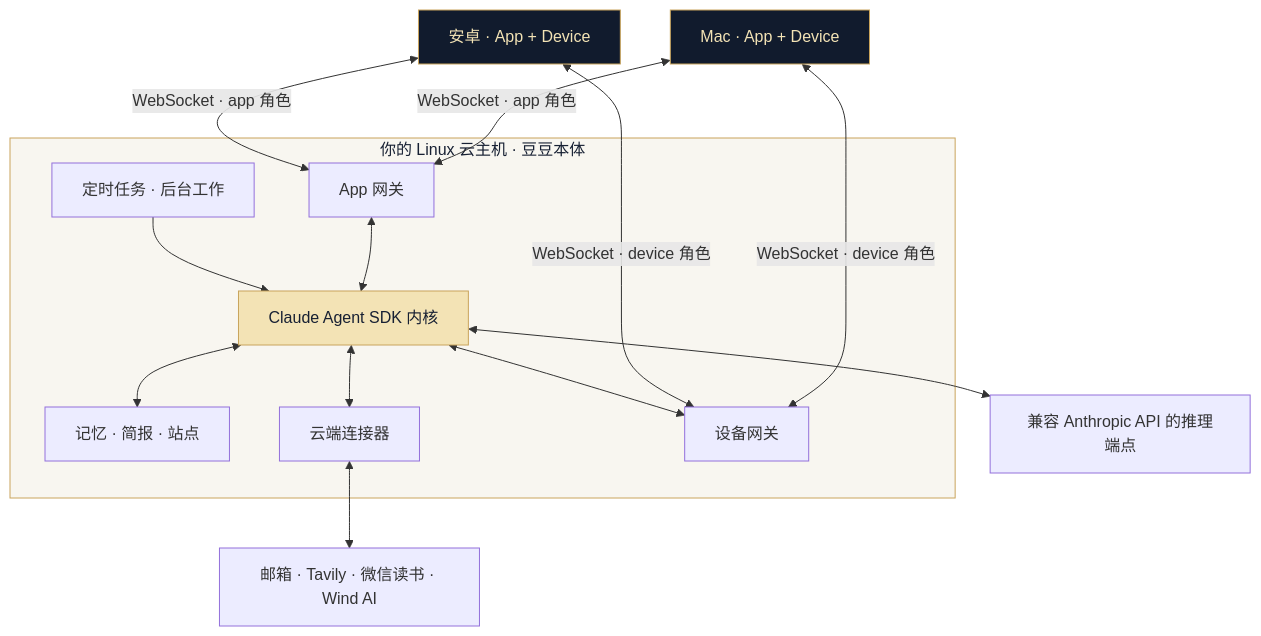
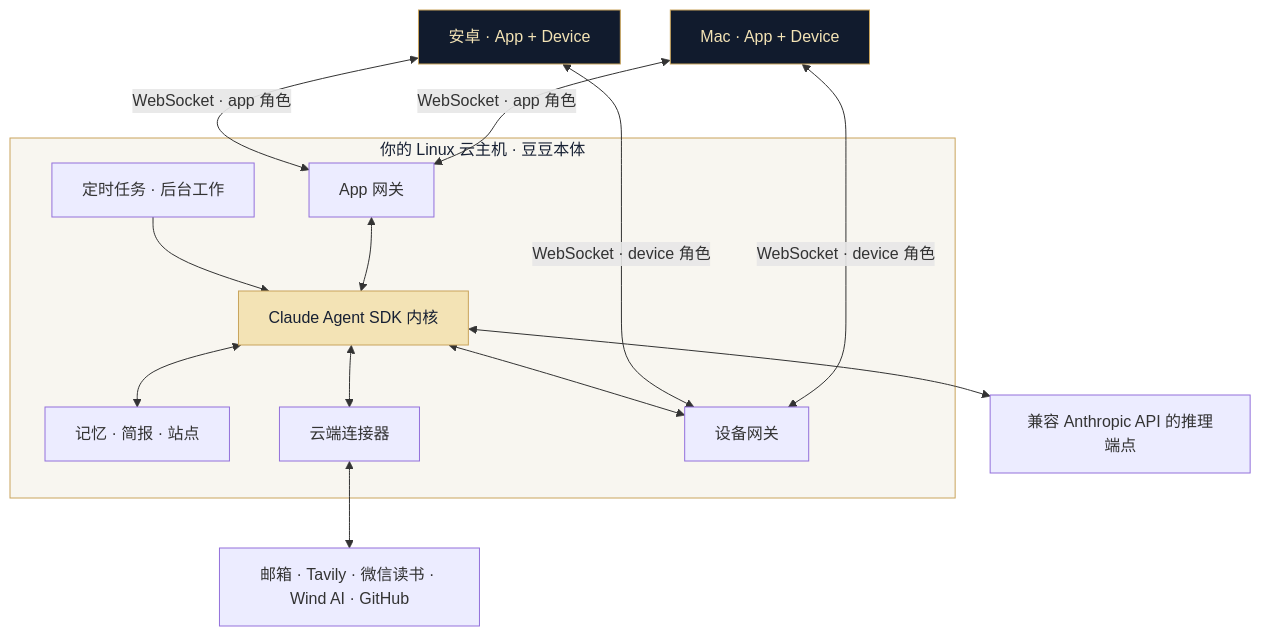
The diagram in README.md (Xiamu-ssr/personal-agent), drawn with Mermaid before and after one commit. The commit also changed other lines of this file and 4 other files, not shown here.

````diff
--- a/README.md
+++ b/README.md
@@ -152,34 +152,34 @@
 ```mermaid
 flowchart TB
   API["兼容 Anthropic API 的推理端点"]
-  Services["邮箱 · Tavily · 微信读书 · Wind AI"]
+  Services["邮箱 · Tavily · 微信读书 · Wind AI · GitHub"]
 
   subgraph Cloud["你的 Linux 云主机 · 豆豆本体"]
     Core["Claude Agent SDK 内核"]
     Schedule["定时任务 · 后台工作"]
     Memory["记忆 · 简报 · 站点"]
     Connectors["云端连接器"]
     AppGW["App 网关"]
     DeviceGW["设备网关"]
     Schedule --> Core
     Core <--> Memory
     Core <--> Connectors
     AppGW <--> Core
     Core <--> DeviceGW
   end
 
   Android["安卓 · App + Device"]
   Mac["Mac · App + Device"]
   Core <--> API
   Connectors <--> Services
   Android <-->|"WebSocket · app 角色"| AppGW
   Mac <-->|"WebSocket · app 角色"| AppGW
   Android <-->|"WebSocket · device 角色"| DeviceGW
   Mac <-->|"WebSocket · device 角色"| DeviceGW
 
   classDef gold fill:#F3E3B5,stroke:#C9A45C,color:#172033
   classDef ink fill:#111B2D,stroke:#C9A45C,color:#F3E3B5
   class Core gold
   class Android,Mac ink
   style Cloud fill:#F8F6F0,stroke:#C9A45C,color:#172033
 ```
````
